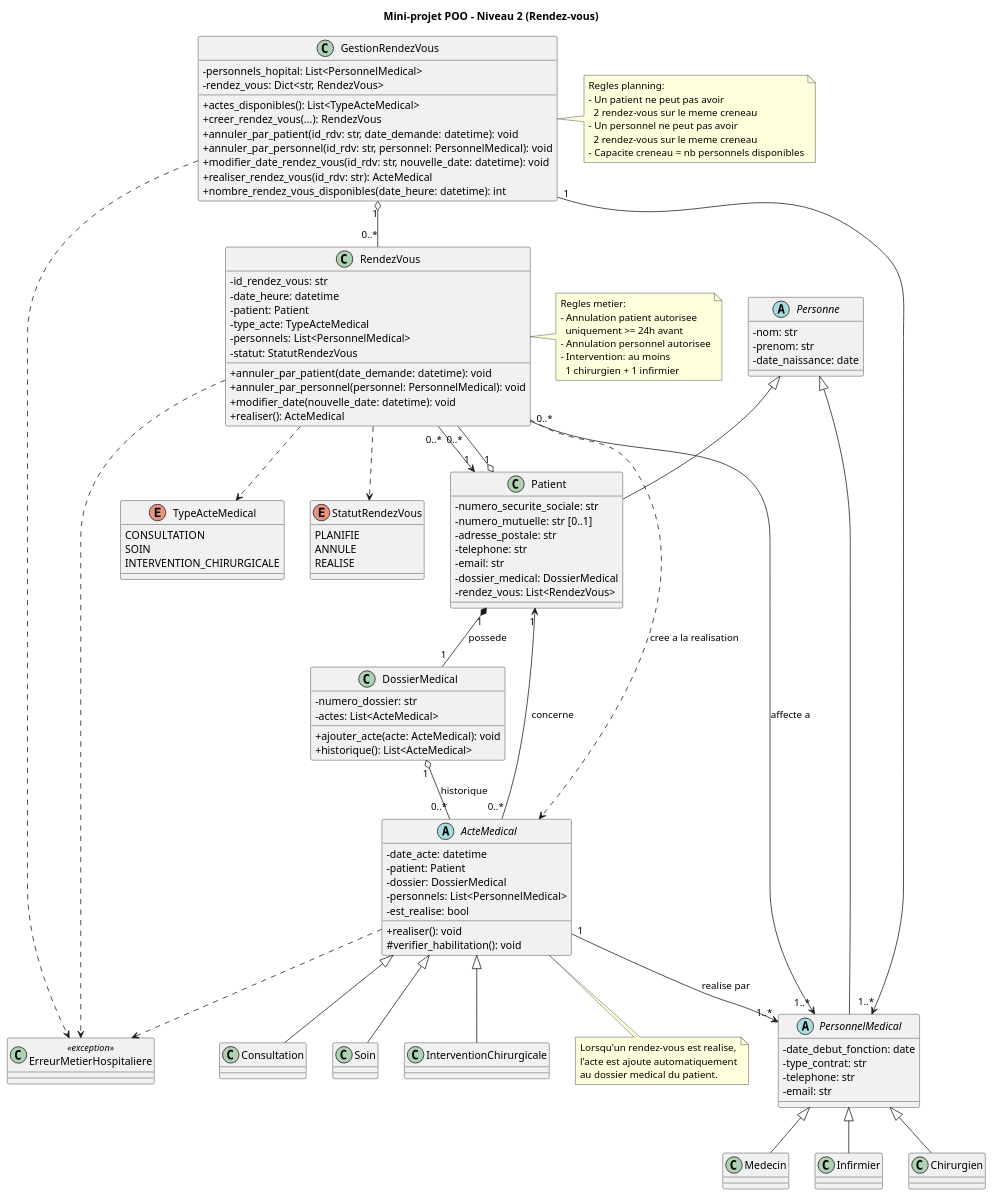
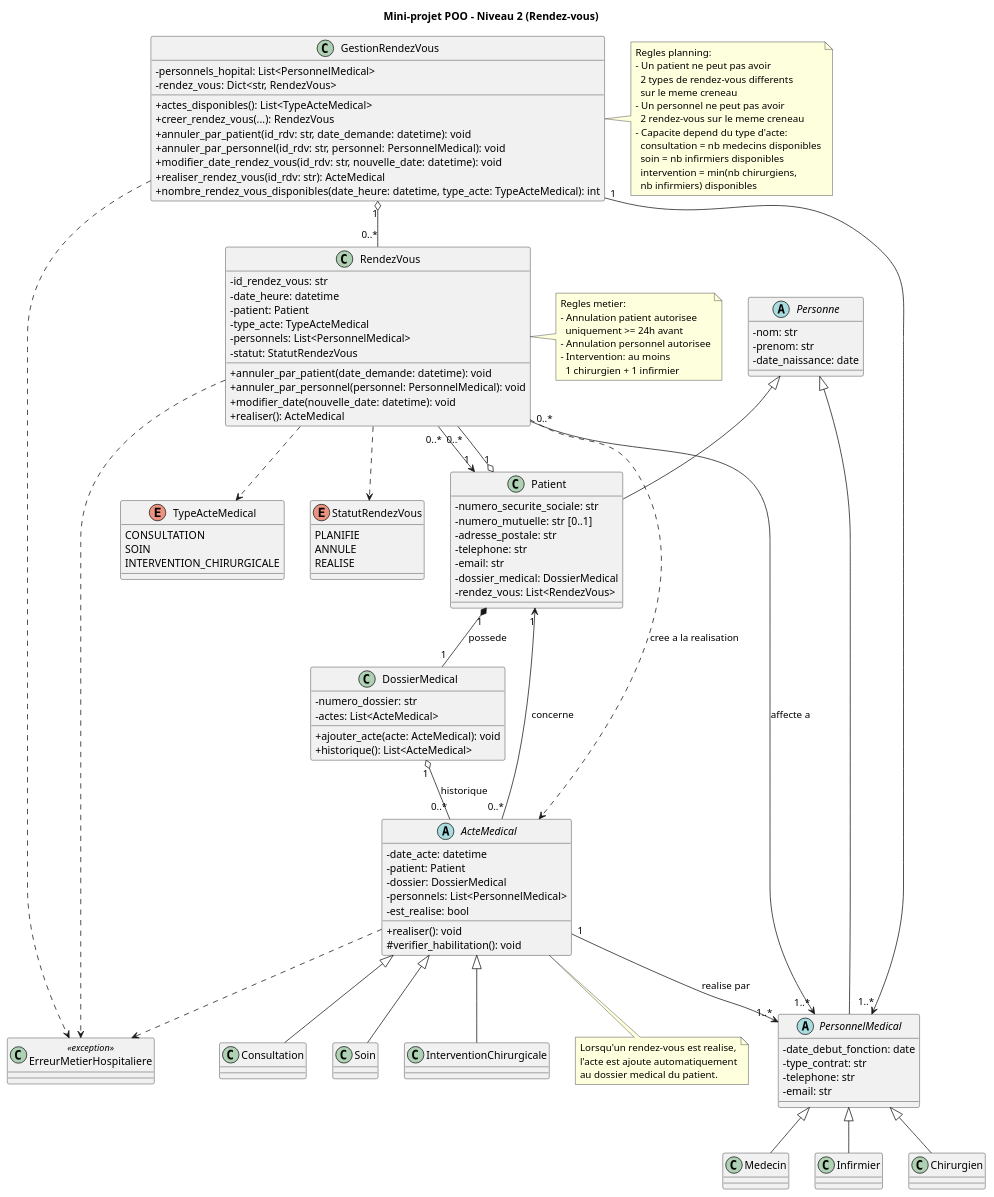
The diagram in niveau2/diagramme_niveau2.puml (Gascor/ESBPOO_S6_MINIPROJET1), drawn with PlantUML before and after one commit. The commit also changed 1 other file, not shown here.

Commit message:
add (Niveau 2): Alignement des regles de creneau et de capacite par type

```diff
--- a/niveau2/diagramme_niveau2.puml
+++ b/niveau2/diagramme_niveau2.puml
@@ -1,142 +1,147 @@
 @startuml
 title Mini-projet POO - Niveau 2 (Rendez-vous)
 skinparam classAttributeIconSize 0
 
 abstract class Personne {
   - nom: str
   - prenom: str
   - date_naissance: date
 }
 
 class Patient {
   - numero_securite_sociale: str
   - numero_mutuelle: str [0..1]
   - adresse_postale: str
   - telephone: str
   - email: str
   - dossier_medical: DossierMedical
   - rendez_vous: List<RendezVous>
 }
 
 abstract class PersonnelMedical {
   - date_debut_fonction: date
   - type_contrat: str
   - telephone: str
   - email: str
 }
 
 class Medecin
 class Infirmier
 class Chirurgien
 
 class DossierMedical {
   - numero_dossier: str
   - actes: List<ActeMedical>
   + ajouter_acte(acte: ActeMedical): void
   + historique(): List<ActeMedical>
 }
 
 abstract class ActeMedical {
   - date_acte: datetime
   - patient: Patient
   - dossier: DossierMedical
   - personnels: List<PersonnelMedical>
   - est_realise: bool
   + realiser(): void
   # verifier_habilitation(): void
 }
 
 class Consultation
 class Soin
 class InterventionChirurgicale
 
 enum TypeActeMedical {
   CONSULTATION
   SOIN
   INTERVENTION_CHIRURGICALE
 }
 
 enum StatutRendezVous {
   PLANIFIE
   ANNULE
   REALISE
 }
 
 class RendezVous {
   - id_rendez_vous: str
   - date_heure: datetime
   - patient: Patient
   - type_acte: TypeActeMedical
   - personnels: List<PersonnelMedical>
   - statut: StatutRendezVous
   + annuler_par_patient(date_demande: datetime): void
   + annuler_par_personnel(personnel: PersonnelMedical): void
   + modifier_date(nouvelle_date: datetime): void
   + realiser(): ActeMedical
 }
 
 class GestionRendezVous {
   - personnels_hopital: List<PersonnelMedical>
   - rendez_vous: Dict<str, RendezVous>
   + actes_disponibles(): List<TypeActeMedical>
   + creer_rendez_vous(...): RendezVous
   + annuler_par_patient(id_rdv: str, date_demande: datetime): void
   + annuler_par_personnel(id_rdv: str, personnel: PersonnelMedical): void
   + modifier_date_rendez_vous(id_rdv: str, nouvelle_date: datetime): void
   + realiser_rendez_vous(id_rdv: str): ActeMedical
-  + nombre_rendez_vous_disponibles(date_heure: datetime): int
+  + nombre_rendez_vous_disponibles(date_heure: datetime, type_acte: TypeActeMedical): int
 }
 
 class ErreurMetierHospitaliere <<exception>>
 
 Personne <|-- Patient
 Personne <|-- PersonnelMedical
 PersonnelMedical <|-- Medecin
 PersonnelMedical <|-- Infirmier
 PersonnelMedical <|-- Chirurgien
 ActeMedical <|-- Consultation
 ActeMedical <|-- Soin
 ActeMedical <|-- InterventionChirurgicale
 
 Patient "1" *-- "1" DossierMedical : possede
 DossierMedical "1" o-- "0..*" ActeMedical : historique
 ActeMedical "0..*" --> "1" Patient : concerne
 ActeMedical "1" --> "1..*" PersonnelMedical : realise par
 
 Patient "1" o-- "0..*" RendezVous
 RendezVous "0..*" --> "1..*" PersonnelMedical : affecte a
 RendezVous "0..*" --> "1" Patient
 GestionRendezVous "1" o-- "0..*" RendezVous
 GestionRendezVous "1" --> "1..*" PersonnelMedical
 RendezVous ..> ActeMedical : cree a la realisation
 RendezVous ..> TypeActeMedical
 RendezVous ..> StatutRendezVous
 ActeMedical ..> ErreurMetierHospitaliere
 RendezVous ..> ErreurMetierHospitaliere
 GestionRendezVous ..> ErreurMetierHospitaliere
 
 note right of GestionRendezVous
 Regles planning:
 - Un patient ne peut pas avoir
-  2 rendez-vous sur le meme creneau
+  2 types de rendez-vous differents
+  sur le meme creneau
 - Un personnel ne peut pas avoir
   2 rendez-vous sur le meme creneau
-- Capacite creneau = nb personnels disponibles
+- Capacite depend du type d'acte:
+  consultation = nb medecins disponibles
+  soin = nb infirmiers disponibles
+  intervention = min(nb chirurgiens,
+  nb infirmiers) disponibles
 end note
 
 note right of RendezVous
 Regles metier:
 - Annulation patient autorisee
   uniquement >= 24h avant
 - Annulation personnel autorisee
 - Intervention: au moins
   1 chirurgien + 1 infirmier
 end note
 
 note bottom of ActeMedical
 Lorsqu'un rendez-vous est realise,
 l'acte est ajoute automatiquement
 au dossier medical du patient.
 end note
 
 @enduml
```
